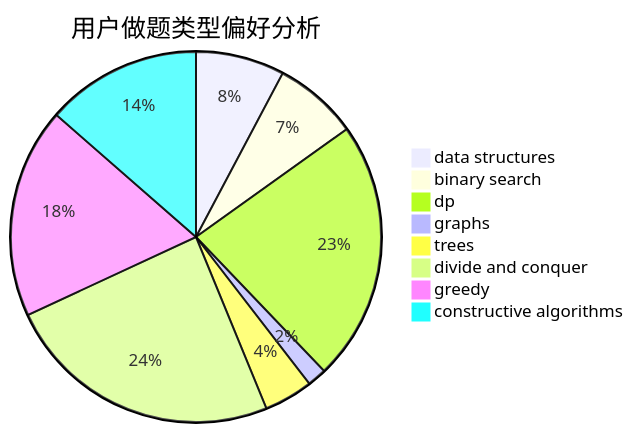
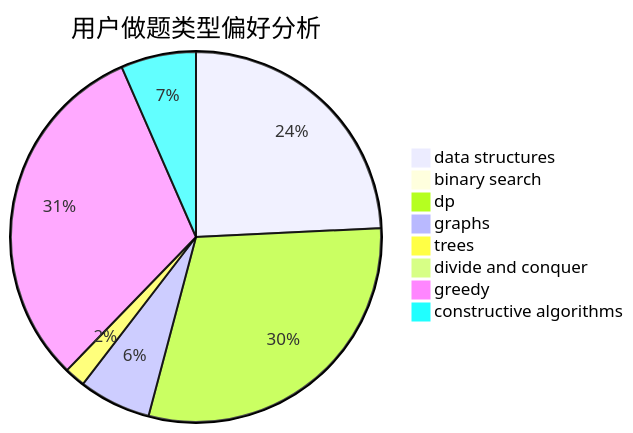
Before and after one commit to sherpahu/cfrs.github.io: the second of 3 diagrams in docs/user/u1071.md, drawn with Mermaid. The commit also changed other lines of this file and 2770 other files, not shown here.

````diff
--- a/docs/user/u1071.md
+++ b/docs/user/u1071.md
@@ -23,11 +23,11 @@
 ```mermaid
 pie title 用户做题类型偏好分析
-    "data structures" :  60
-    "binary search" :  57
-    "dp" :  176
-    "graphs" :  13
-    "trees" :  33
-    "divide and conquer" :  188
-    "greedy" :  142
-    "constructive algorithms" :  105
+    "data structures" :  373
+    "binary search" :  6
+    "dp" :  460
+    "graphs" :  97
+    "trees" :  28
+    "divide and conquer" :  0
+    "greedy" :  480
+    "constructive algorithms" :  101
 ```
````
